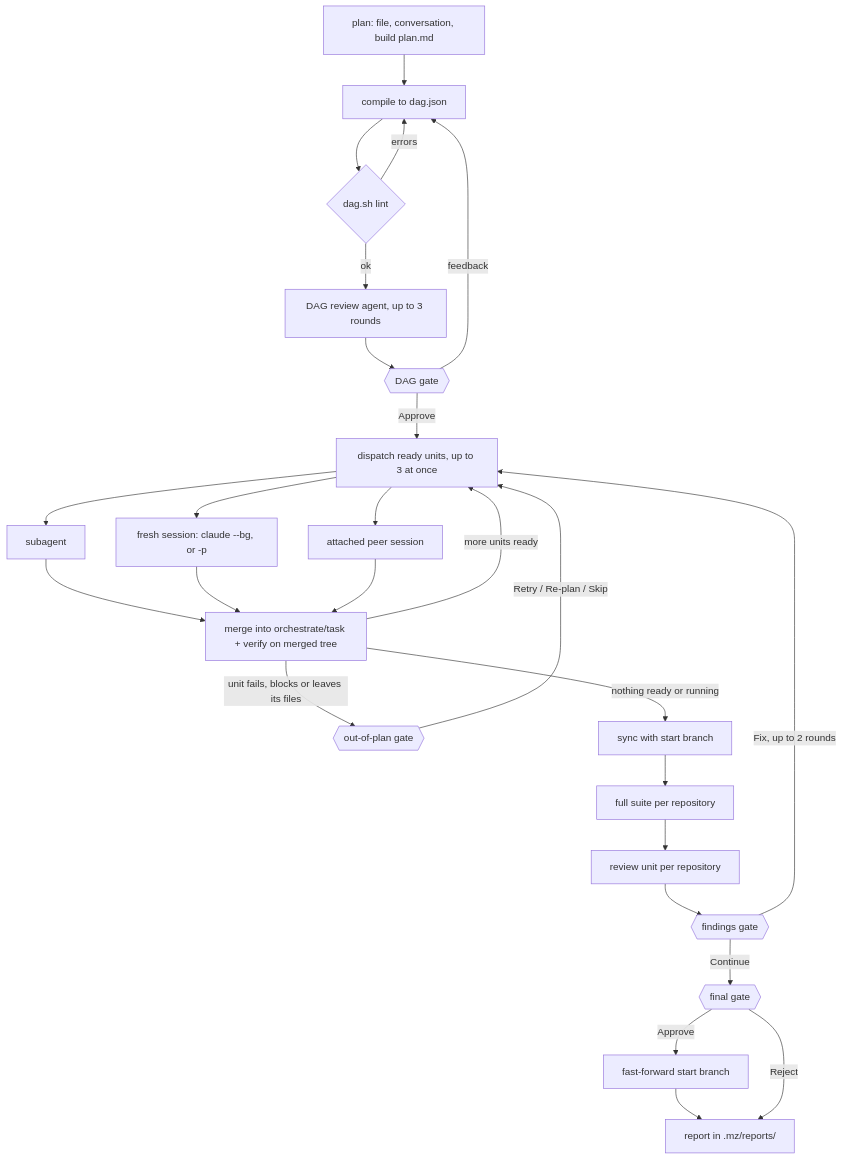
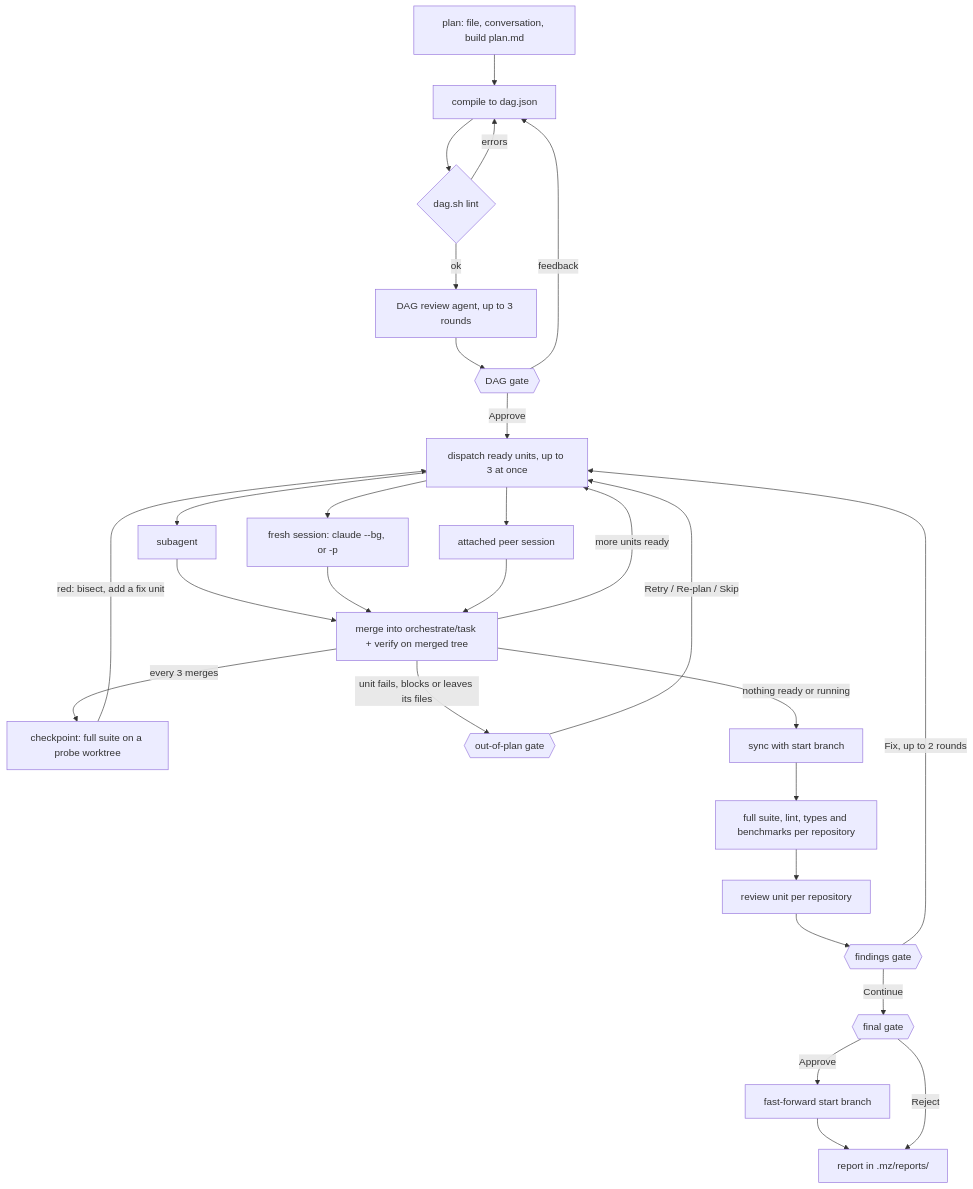
The diagram in plugins/mz-orchestrate/README.md (DoctorMozg/claude-pipelines), drawn with Mermaid before and after one commit. The commit also changed other lines of this file and 63 other files, not shown here.

````diff
--- a/plugins/mz-orchestrate/README.md
+++ b/plugins/mz-orchestrate/README.md
@@ -57,28 +57,30 @@
 ```mermaid
 flowchart TD
     P[plan: file, conversation, build plan.md] --> C[compile to dag.json]
     C --> L{dag.sh lint}
     L -->|errors| C
     L -->|ok| R[DAG review agent, up to 3 rounds]
     R --> G1{{DAG gate}}
     G1 -->|feedback| C
     G1 -->|Approve| D[dispatch ready units, up to 3 at once]
     D --> S[subagent]
     D --> F[fresh session: claude --bg, or -p]
     D --> A[attached peer session]
     S --> M[merge into orchestrate/task + verify on merged tree]
     F --> M
     A --> M
     M -->|more units ready| D
+    M -->|every 3 merges| K[checkpoint: full suite on a probe worktree]
+    K -->|red: bisect, add a fix unit| D
     M -->|unit fails, blocks or leaves its files| G2{{out-of-plan gate}}
     G2 -->|Retry / Re-plan / Skip| D
     M -->|nothing ready or running| Y[sync with start branch]
-    Y --> T[full suite per repository]
+    Y --> T[full suite, lint, types and benchmarks per repository]
     T --> V[review unit per repository]
     V --> G3{{findings gate}}
     G3 -->|Fix, up to 2 rounds| D
     G3 -->|Continue| G4{{final gate}}
     G4 -->|Approve| FF[fast-forward start branch]
     FF --> RP[report in .mz/reports/]
     G4 -->|Reject| RP
 ```
````
